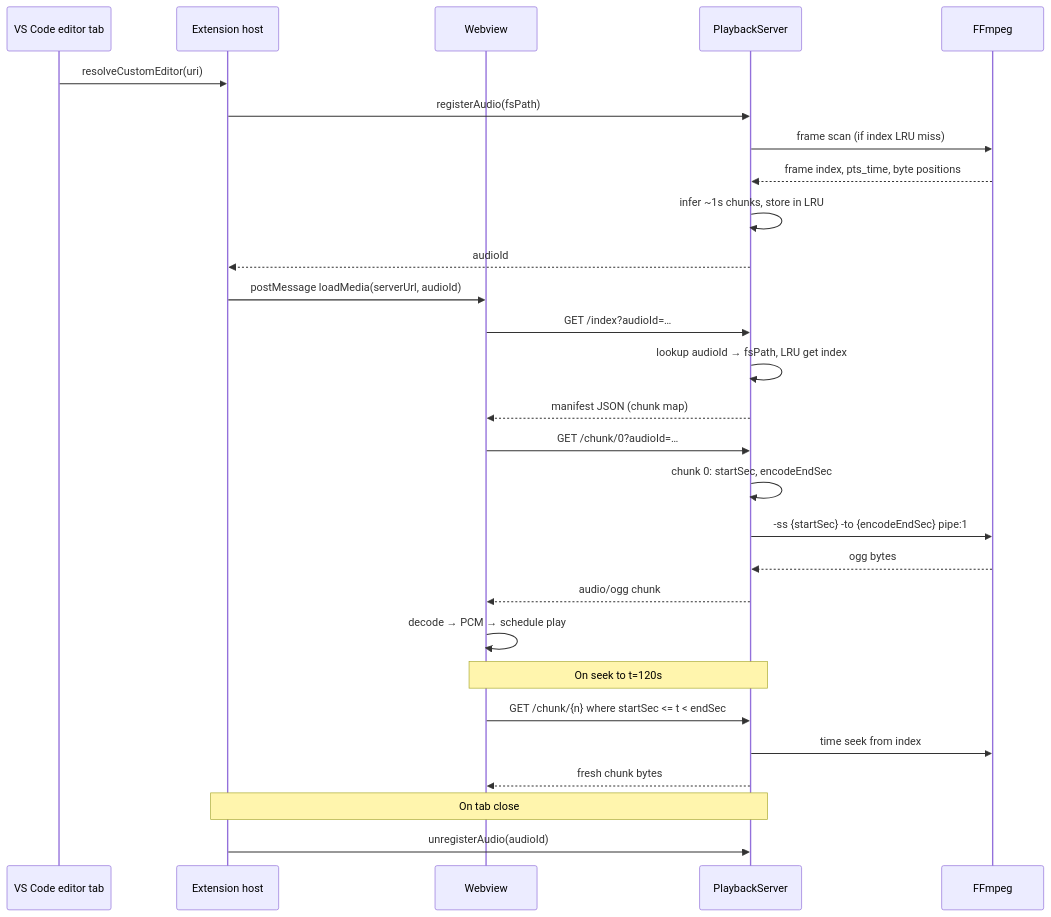
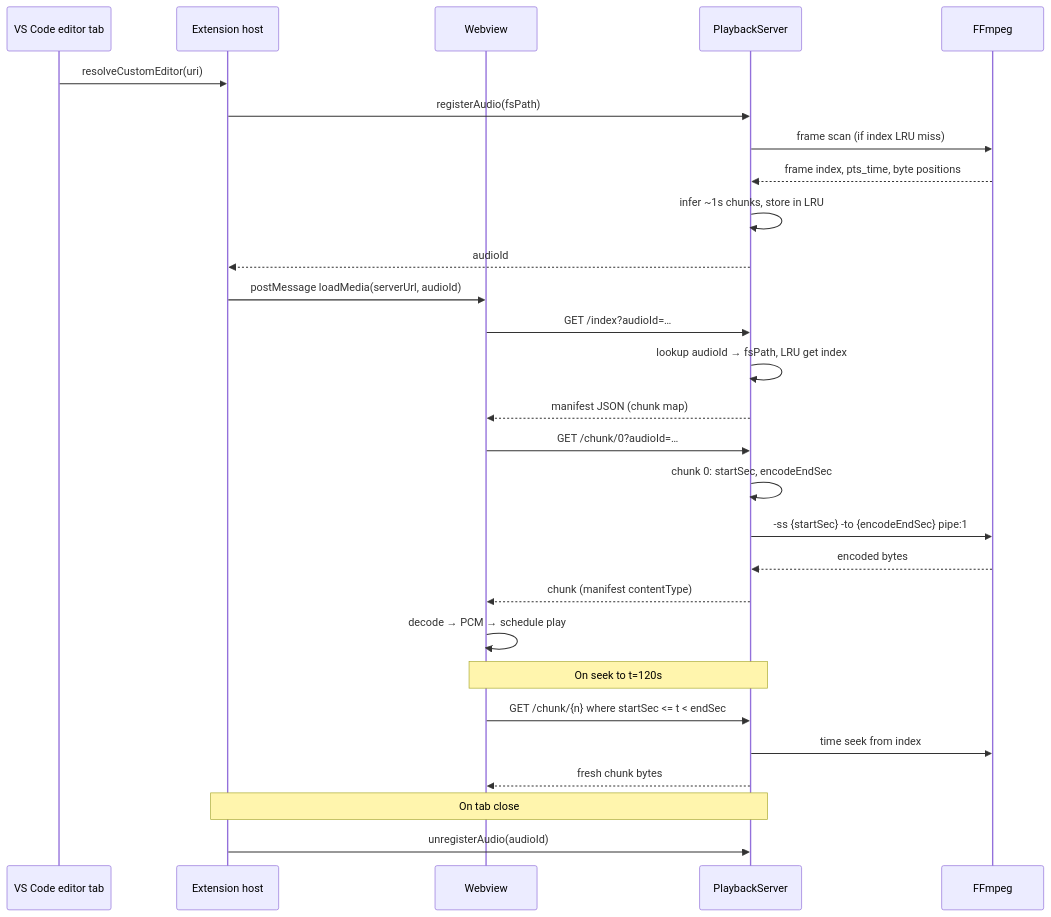
One commit to tanchihpin0517/cp-nice-player changed the fifth of 5 diagrams in docs/stream.md. Above: the diagram before and after it, drawn with Mermaid. The commit also changed other lines of this file and 5 other files, not shown here.

````diff
--- a/docs/stream.md
+++ b/docs/stream.md
@@ -624,35 +669,35 @@
 ```mermaid
 sequenceDiagram
   participant Tab as VS Code editor tab
   participant Ext as Extension host
   participant UI as Webview
   participant Srv as PlaybackServer
   participant FF as FFmpeg
 
   Tab->>Ext: resolveCustomEditor(uri)
   Ext->>Srv: registerAudio(fsPath)
   Srv->>FF: frame scan (if index LRU miss)
   FF-->>Srv: frame index, pts_time, byte positions
   Srv->>Srv: infer ~1s chunks, store in LRU
   Srv-->>Ext: audioId
   Ext->>UI: postMessage loadMedia(serverUrl, audioId)
 
   UI->>Srv: GET /index?audioId=…
   Srv->>Srv: lookup audioId → fsPath, LRU get index
   Srv-->>UI: manifest JSON (chunk map)
 
   UI->>Srv: GET /chunk/0?audioId=…
   Srv->>Srv: chunk 0: startSec, encodeEndSec
   Srv->>FF: -ss {startSec} -to {encodeEndSec} pipe:1
-  FF-->>Srv: ogg bytes
-  Srv-->>UI: audio/ogg chunk
+  FF-->>Srv: encoded bytes
+  Srv-->>UI: chunk (manifest contentType)
   UI->>UI: decode → PCM → schedule play
 
   Note over UI,Srv: On seek to t=120s
   UI->>Srv: GET /chunk/{n} where startSec <= t < endSec
   Srv->>FF: time seek from index
   Srv-->>UI: fresh chunk bytes
 
   Note over Ext,Srv: On tab close
   Ext->>Srv: unregisterAudio(audioId)
 ```
````
